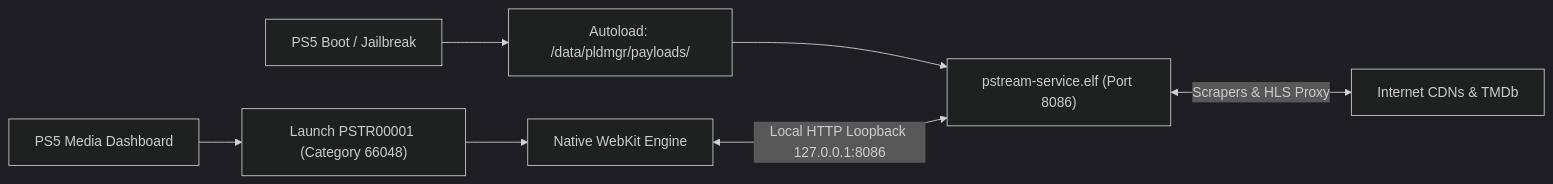
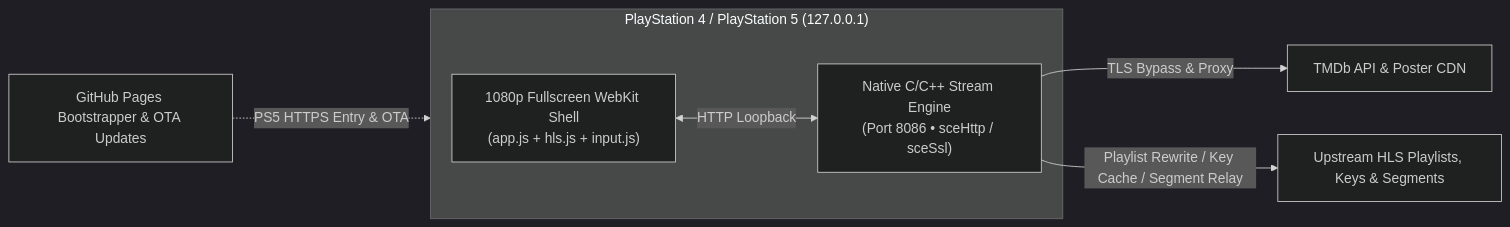
The diagram in README.md (ducky-ux1/PStream), drawn with Mermaid (dark theme) before and after one commit. The commit also changed other lines of this file and 41 other files, not shown here.

````diff
--- a/README.md
+++ b/README.md
@@ -54,9 +64,15 @@
 ```mermaid
 flowchart LR
-    A["PS5 Boot / Jailbreak"] --> B["Autoload: /data/pldmgr/payloads/"]
-    B --> C["pstream-service.elf (Port 8086)"]
-    D["PS5 Media Dashboard"] --> E["Launch PSTR00001 (Category 66048)"]
-    E --> F["Native WebKit Engine"]
-    F <-->|Local HTTP Loopback 127.0.0.1:8086| C
-    C <-->|Scrapers & HLS Proxy| G["Internet CDNs & TMDb"]
+    subgraph Console["PlayStation 4 / PlayStation 5 (127.0.0.1)"]
+        UI["1080p Fullscreen WebKit Shell<br/>(app.js + hls.js + input.js)"]
+        ENG["Native C/C++ Stream Engine<br/>(Port 8086 • sceHttp / sceSsl)"]
+        UI <-->|"HTTP Loopback"| ENG
+    end
+    TMDB["TMDb API & Poster CDN"]
+    CDN["Upstream HLS Playlists, Keys & Segments"]
+    GH["GitHub Pages Bootstrapper & OTA Updates"]
+
+    ENG -->|"TLS Bypass & Proxy"| TMDB
+    ENG -->|"Playlist Rewrite / Key Cache / Segment Relay"| CDN
+    GH -.->|"PS5 HTTPS Entry & OTA"| Console
 ```
````
